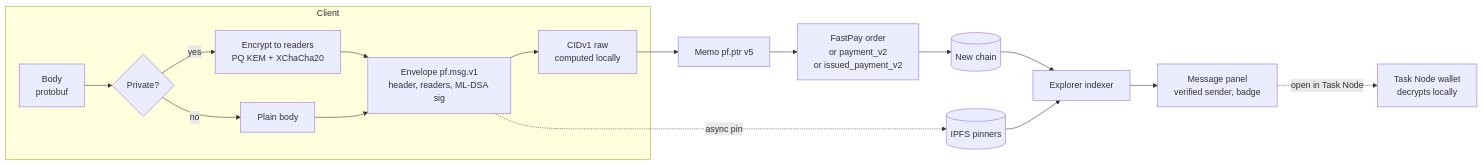
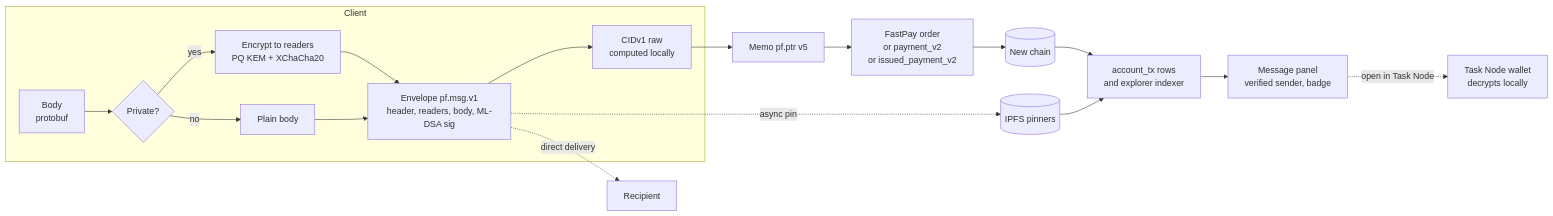
Before and after one commit to postfiatorg/postfiatl1v2: the first of 2 diagrams in big_milestone/pillars/02-message-protocol.md, drawn with Mermaid. The commit also changed other lines of this file and 22 other files, not shown here.

````diff
--- a/big_milestone/pillars/02-message-protocol.md
+++ b/big_milestone/pillars/02-message-protocol.md
@@ -50,19 +50,20 @@
 ```mermaid
 flowchart LR
     subgraph Client
       A["Body<br/>protobuf"] --> B{Private?}
       B -- yes --> C["Encrypt to readers<br/>PQ KEM + XChaCha20"]
       B -- no --> D[Plain body]
-      C --> E["Envelope pf.msg.v1<br/>header, readers, ML-DSA sig"]
+      C --> E["Envelope pf.msg.v1<br/>header, readers, body, ML-DSA sig"]
       D --> E
       E --> F["CIDv1 raw<br/>computed locally"]
     end
     F --> G["Memo pf.ptr v5"]
     G --> H["FastPay order<br/>or payment_v2<br/>or issued_payment_v2"]
     H --> I[(New chain)]
     E -. async pin .-> P[(IPFS pinners)]
-    I --> J[Explorer indexer]
+    E -. direct delivery .-> R[Recipient]
+    I --> J["account_tx rows<br/>and explorer indexer"]
     P --> J
     J --> K["Message panel<br/>verified sender, badge"]
     K -.->|open in Task Node| L["Task Node wallet<br/>decrypts locally"]
 ```
````
